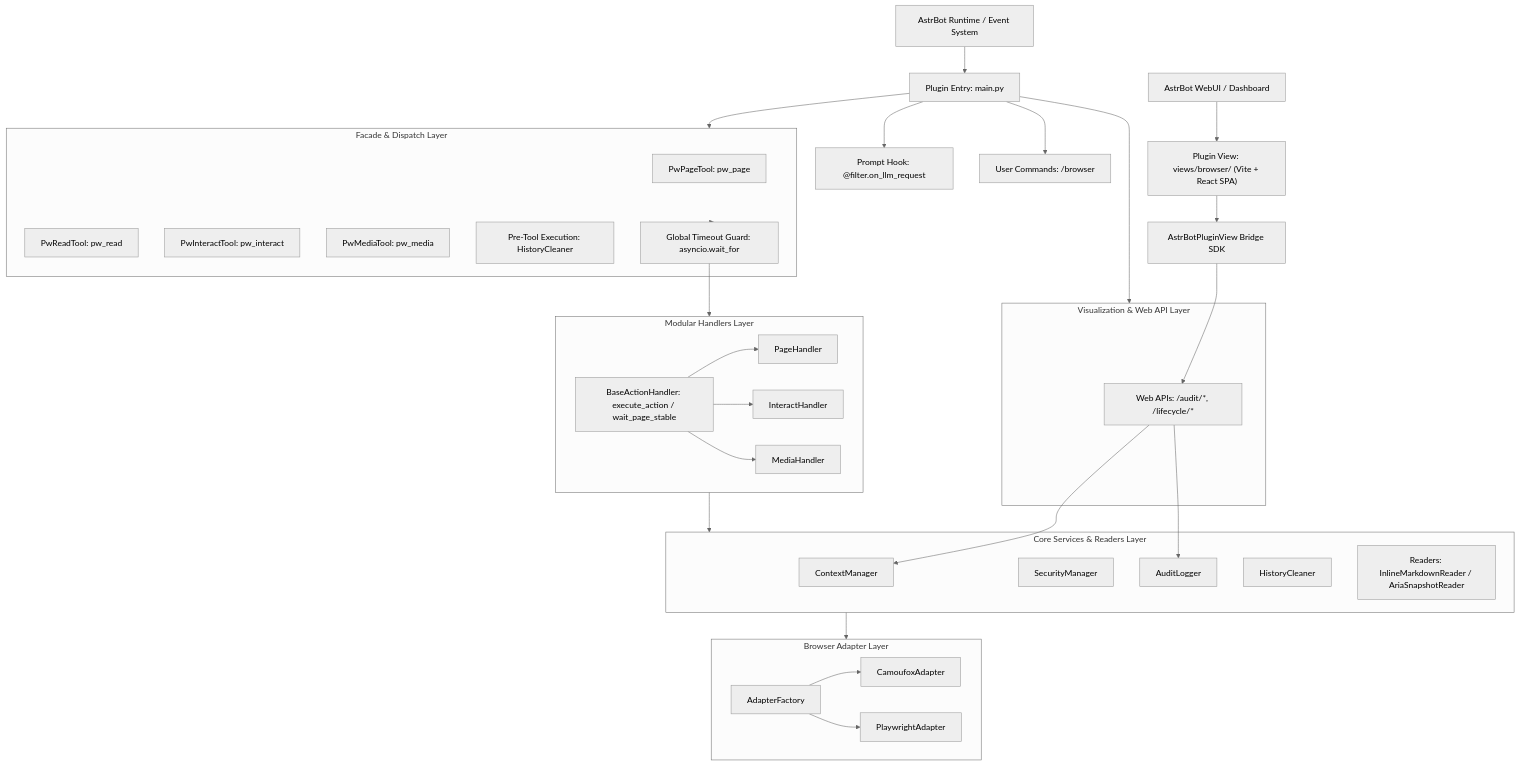
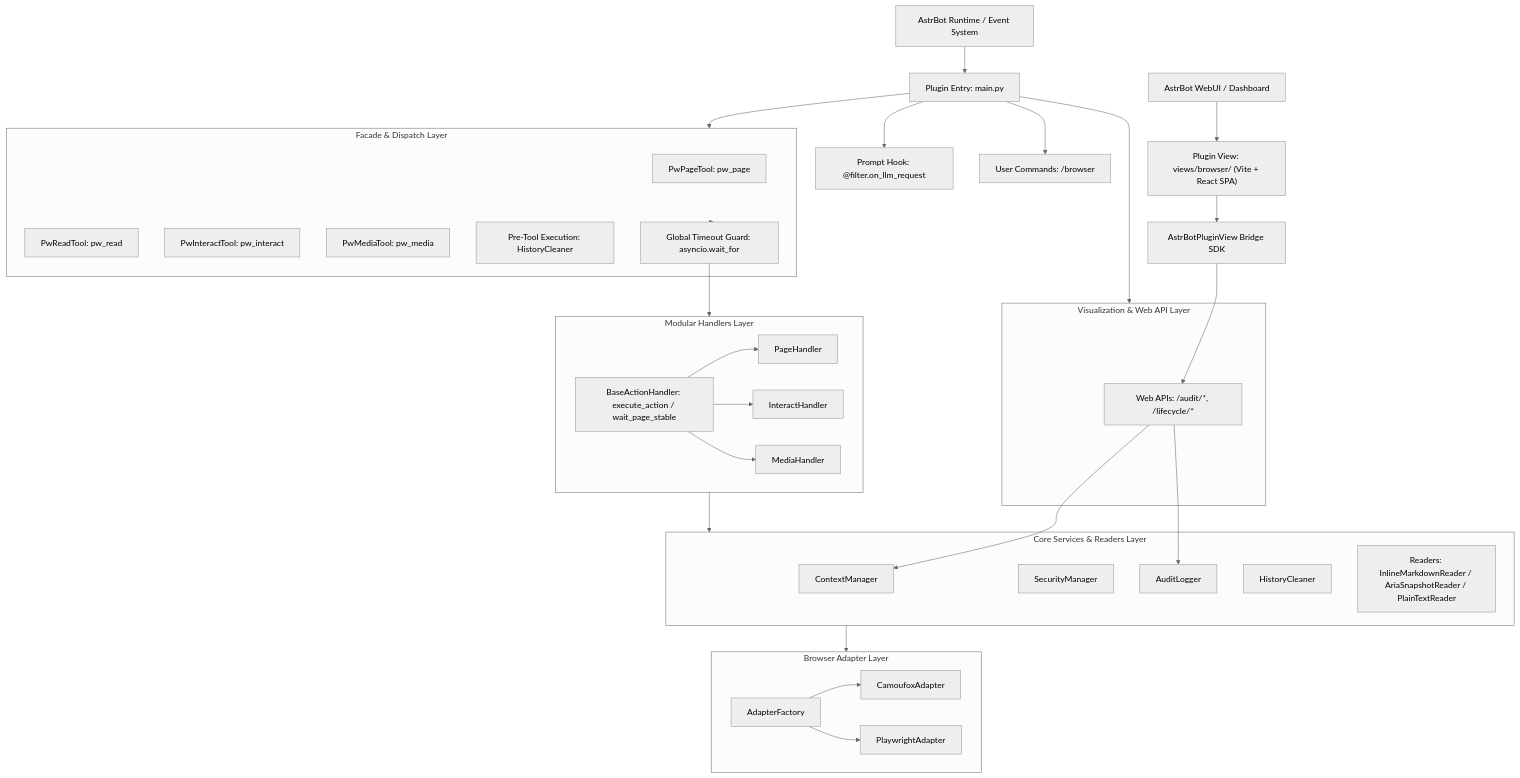
The first of 2 diagrams in docs/ARCHITECTURE.md (SmileYik/astrbot_plugin_playwright_tools), drawn with Mermaid (neutral theme) before and after one commit. The commit also changed other lines of this file and 3 other files, not shown here.

Commit message:
docs: update README install/variant differences, HistoryCleaner cache notice, and architecture/tool docs

````diff
--- a/docs/ARCHITECTURE.md
+++ b/docs/ARCHITECTURE.md
@@ -11,65 +11,65 @@
 ```mermaid
 flowchart TD
     AstrBot[AstrBot Runtime / Event System]
     PluginEntry[Plugin Entry: main.py]
     PromptHook["Prompt Hook: @filter.on_llm_request"]
     Cmds["User Commands: /browser"]
     WebUI["AstrBot WebUI / Dashboard"]
     BrowserView["Plugin View: views/browser/ (Vite + React SPA)"]
     Bridge["AstrBotPluginView Bridge SDK"]
     
     subgraph ViewLayer [Visualization & Web API Layer]
         WebAPI["Web APIs: /audit/*, /lifecycle/*"]
     end
 
     subgraph FacadeLayer [Facade & Dispatch Layer]
         PwPage[PwPageTool: pw_page]
         PwRead[PwReadTool: pw_read]
         PwInteract[PwInteractTool: pw_interact]
         PwMedia[PwMediaTool: pw_media]
         CleanerAspect["Pre-Tool Execution: HistoryCleaner"]
         TimeoutWrapper["Global Timeout Guard: asyncio.wait_for"]
     end
 
     subgraph HandlerLayer [Modular Handlers Layer]
         BaseActionHandler["BaseActionHandler: execute_action / wait_page_stable"]
         PageHandler[PageHandler]
         InteractHandler[InteractHandler]
         MediaHandler[MediaHandler]
         BaseActionHandler --> PageHandler
         BaseActionHandler --> InteractHandler
         BaseActionHandler --> MediaHandler
     end
 
     subgraph CoreLayer [Core Services & Readers Layer]
         CtxMgr[ContextManager]
         SecMgr[SecurityManager]
         AuditLog[AuditLogger]
         HistoryCleaner[HistoryCleaner]
-        Readers["Readers: InlineMarkdownReader / AriaSnapshotReader"]
+        Readers["Readers: InlineMarkdownReader / AriaSnapshotReader / PlainTextReader"]
     end
 
     subgraph AdaptLayer [Browser Adapter Layer]
         Factory[AdapterFactory]
         Camoufox[CamoufoxAdapter]
         Playwright[PlaywrightAdapter]
         Factory --> Camoufox
         Factory --> Playwright
     end
 
     AstrBot --> PluginEntry
     PluginEntry --> PromptHook
     PluginEntry --> Cmds
     PluginEntry --> FacadeLayer
     PluginEntry --> ViewLayer
     FacadeLayer --> TimeoutWrapper
     TimeoutWrapper --> HandlerLayer
     HandlerLayer --> CoreLayer
     CoreLayer --> AdaptLayer
 
     WebUI --> BrowserView
     BrowserView --> Bridge
     Bridge --> WebAPI
     WebAPI --> AuditLog
     WebAPI --> CtxMgr
 ```
````
